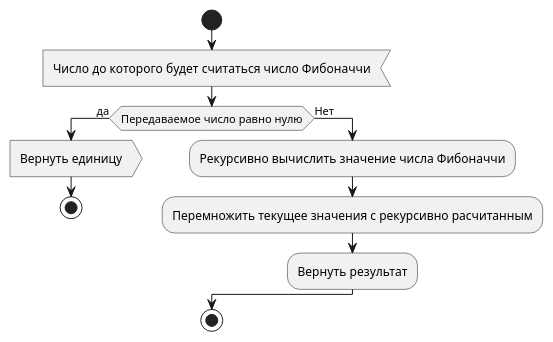
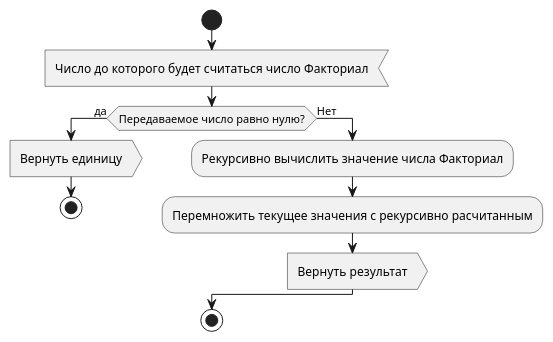
Before and after one commit to YA-NDT/IC-ADSC-TD: the diagram in Scenarios/3.2. Factorial.puml, drawn with PlantUML. The commit also changed 3 other files, not shown here.

Commit message:
Обновлены блок-схема и картинка для урока 3.2.

```diff
--- a/Scenarios/3.2. Factorial.puml
+++ b/Scenarios/3.2. Factorial.puml
@@ -1,14 +1,14 @@
 @startuml
 start
-    :Число до которого будет считаться число Фибоначчи<
+    :Число до которого будет считаться число Факториал<
     
-    if (Передаваемое число равно нулю) then (да)
+    if (Передаваемое число равно нулю?) then (да)
         :Вернуть единицу>
         stop
     else (Нет)
-        :Рекурсивно вычислить значение числа Фибоначчи;
+        :Рекурсивно вычислить значение числа Факториал;
         :Перемножить текущее значения с рекурсивно расчитанным;
-        :Вернуть результат;
+        :Вернуть результат>
     endif
 stop
 @enduml
```
